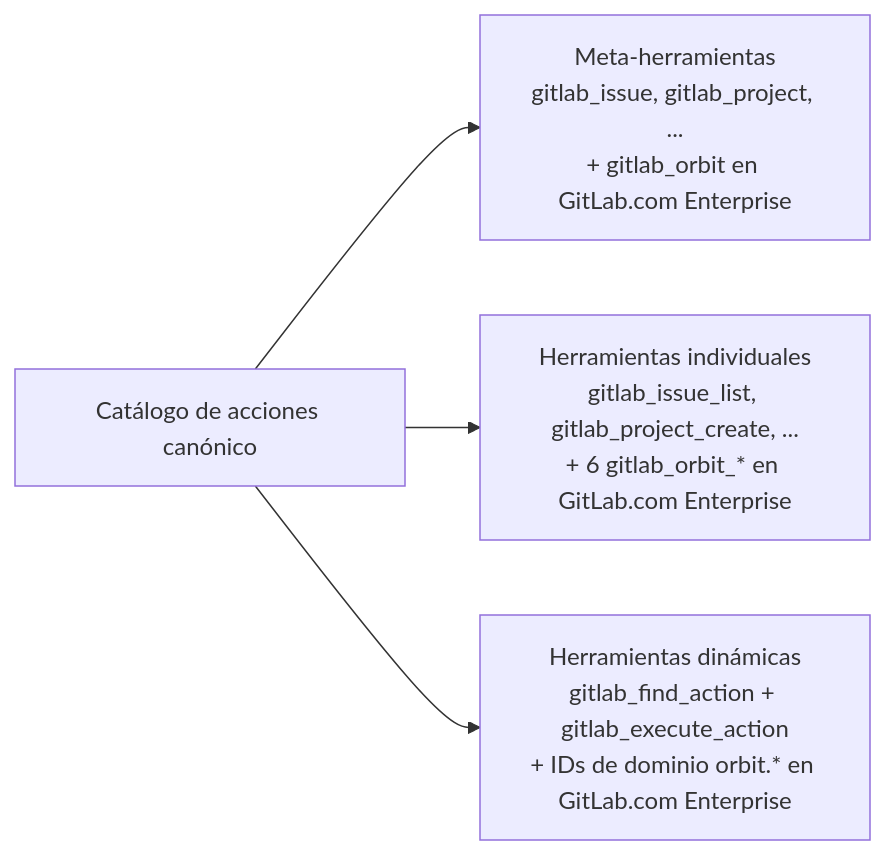
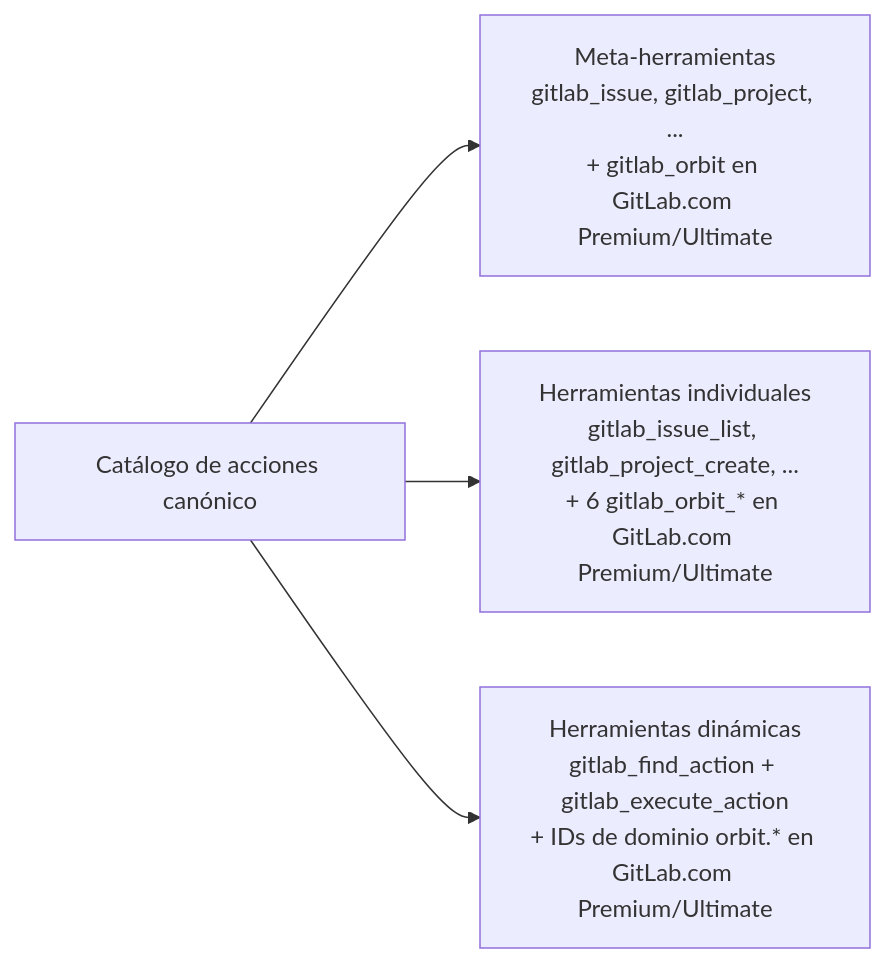
The fourth of 6 diagrams in site/src/content/docs/es/architecture.mdx (jmrplens/gitlab-mcp-server), drawn with Mermaid before and after one commit. The commit also changed other lines of this file and 90 other files, not shown here.

````diff
--- a/site/src/content/docs/es/architecture.mdx
+++ b/site/src/content/docs/es/architecture.mdx
@@ -133,6 +138,6 @@
 ```mermaid
 graph LR
-    catalog[Catálogo de acciones canónico] --> meta["Meta-herramientas<br/>gitlab_issue, gitlab_project, ...<br/>+ gitlab_orbit en GitLab.com Enterprise"]
-    catalog --> individual["Herramientas individuales<br/>gitlab_issue_list, gitlab_project_create, ...<br/>+ 6 gitlab_orbit_* en GitLab.com Enterprise"]
-    catalog --> dynamic["Herramientas dinámicas<br/>gitlab_find_action + gitlab_execute_action<br/>+ IDs de dominio orbit.* en GitLab.com Enterprise"]
+    catalog[Catálogo de acciones canónico] --> meta["Meta-herramientas<br/>gitlab_issue, gitlab_project, ...<br/>+ gitlab_orbit en GitLab.com Premium/Ultimate"]
+    catalog --> individual["Herramientas individuales<br/>gitlab_issue_list, gitlab_project_create, ...<br/>+ 6 gitlab_orbit_* en GitLab.com Premium/Ultimate"]
+    catalog --> dynamic["Herramientas dinámicas<br/>gitlab_find_action + gitlab_execute_action<br/>+ IDs de dominio orbit.* en GitLab.com Premium/Ultimate"]
 ```
````
